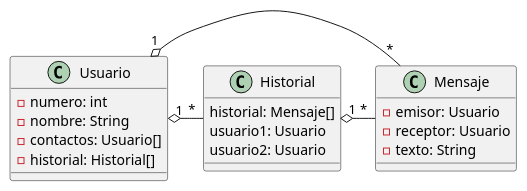
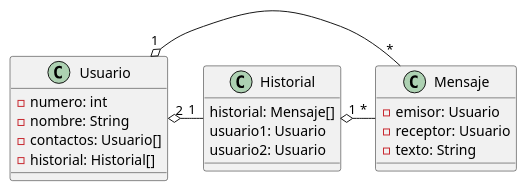
Before and after one commit to lihuencarranza/algoritmos3: the diagram in bin/POO/ej2/ej2.plantuml, drawn with PlantUML. The commit also changed 9 other files, not shown here.

```diff
--- a/bin/POO/ej2/ej2.plantuml
+++ b/bin/POO/ej2/ej2.plantuml
@@ -1,27 +1,27 @@
 @startuml
 class Usuario{
  -numero: int
  -nombre: String
  -contactos: Usuario[]
  -historial: Historial[]
 } 
 
 class Historial{
  historial: Mensaje[]
  usuario1: Usuario
  usuario2: Usuario
 }
 
 class Mensaje{
  -emisor: Usuario
  -receptor: Usuario
  -texto: String
 }
 
+Usuario "2" o- "1" Historial
+
 Historial "1" o- "*" Mensaje
-
-Usuario "1" o- "*" Historial
 
 Usuario "1" o- "*" Mensaje
 
 @enduml
```
